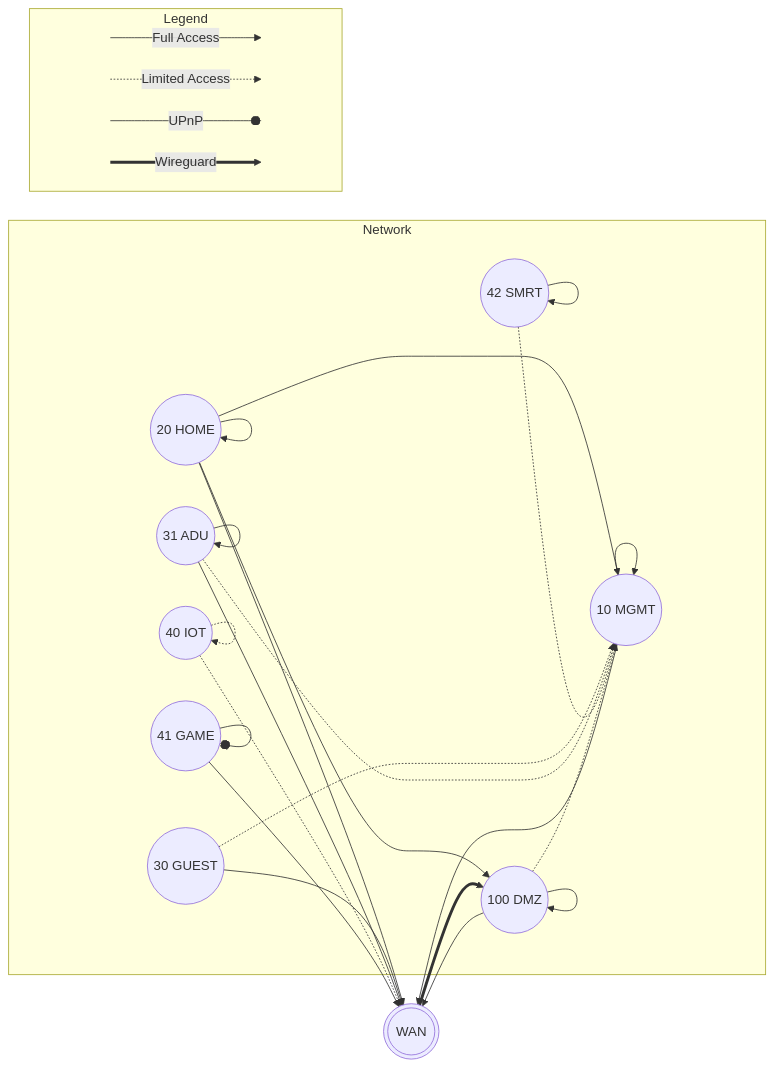
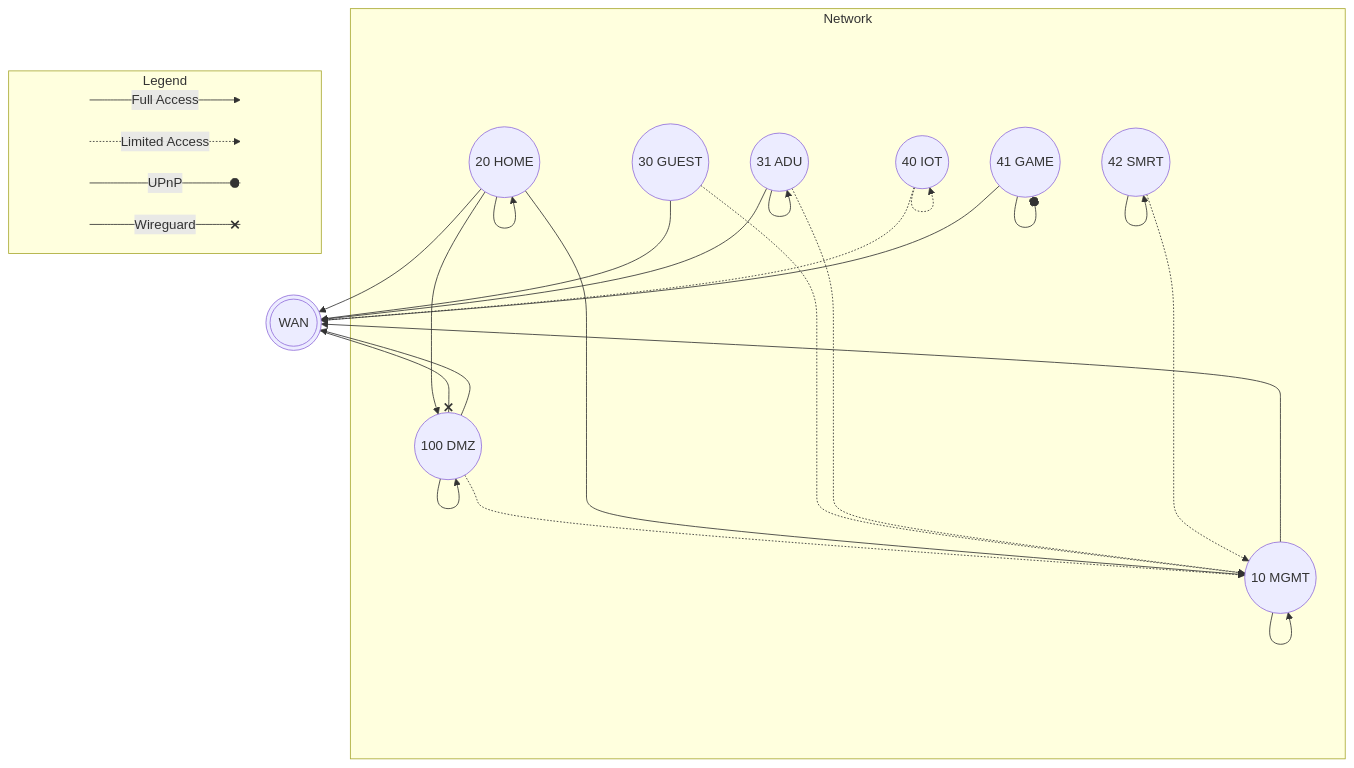
One commit to mutantmell/dotfiles changed the diagram in common/network/readme.md. Above: the diagram before and after it, drawn with Mermaid.

Commit message:
more styling adjustments

````diff
--- a/common/network/readme.md
+++ b/common/network/readme.md
@@ -3,61 +3,73 @@
 ```mermaid
-flowchart LR
+flowchart TB
 
   WAN(((WAN)))
 
   subgraph Network
     MGMT((10 MGMT))
-    HOME((20 HOME))
-    GUEST((30 GUEST))
-    ADU((31 ADU))
-    IOT((40 IOT))
-    GAME((41 GAME))
-    SMRT((42 SMRT))
-    DMZ((100 DMZ))
+    subgraph non-mgmt-group[ ]
+	    style non-mgmt-group height:0px
+        HOME((20 HOME))
+        subgraph guests-group[ ]
+            style guests-group height:0px
+            GUEST((30 GUEST))
+            ADU((31 ADU))
+        end
+        subgraph devices-group[ ]
+            style devices-group height:0px
+            IOT((40 IOT))
+            GAME((41 GAME))
+            SMRT((42 SMRT))
+        end
+        subgraph untrusted-group[ ]
+            style untrusted-group height:0px
+            DMZ((100 DMZ))
+        end
+    end
   end
 
   MGMT --> WAN
   MGMT --> MGMT
 
   HOME  --> HOME
   HOME --> WAN
   HOME --> MGMT
   HOME --> DMZ
 
   GUEST --> WAN
   GUEST -.-> MGMT
 
   ADU  --> ADU
   ADU --> WAN
   ADU -.-> MGMT
 
   IOT -.-> IOT
   IOT -.-> WAN
 
   GAME --o GAME
   GAME --> WAN
 
   SMRT --> SMRT
   SMRT -.-> MGMT
 
   DMZ --> DMZ
   DMZ --> WAN
   DMZ -.-> MGMT
-  WAN ==> DMZ
+  WAN --x DMZ
 
   subgraph Legend
     direction LR
 	src1[ ] -->|Full Access| snk1[ ]
 	style src1 height:0px;
 	style snk1 height:0px;
 	src2[ ] -.->|Limited Access| snk2[ ]
 	style src2 height:0px;
 	style snk2 height:0px;
 	src3[ ] --o|UPnP| snk3[ ]
 	style src3 height:0px;
 	style snk3 height:0px;
-	src4[ ] ==>|Wireguard| snk4[ ]
+	src4[ ] --x|Wireguard| snk4[ ]
 	style src4 height:0px
 	style snk4 height:0px;
   end
 ```
````
